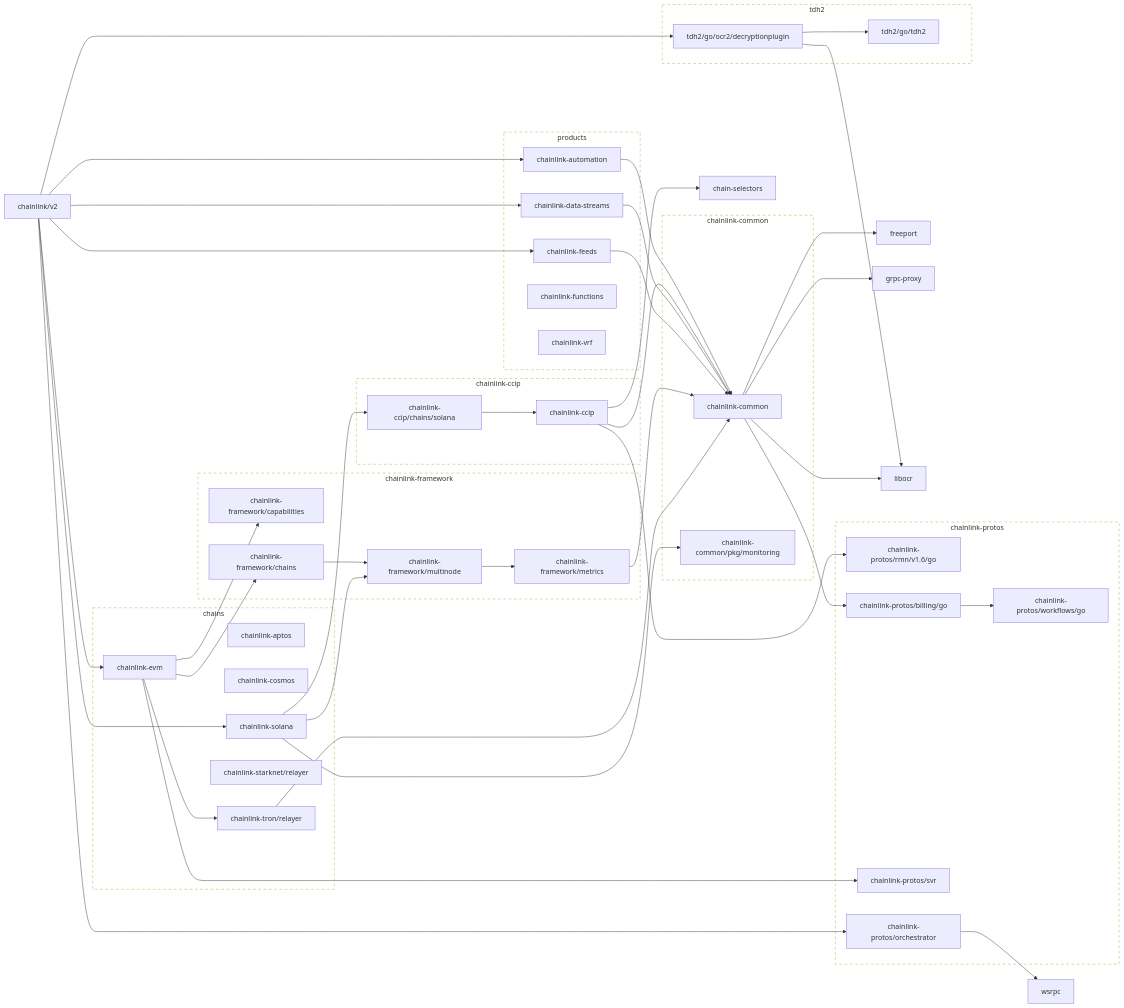
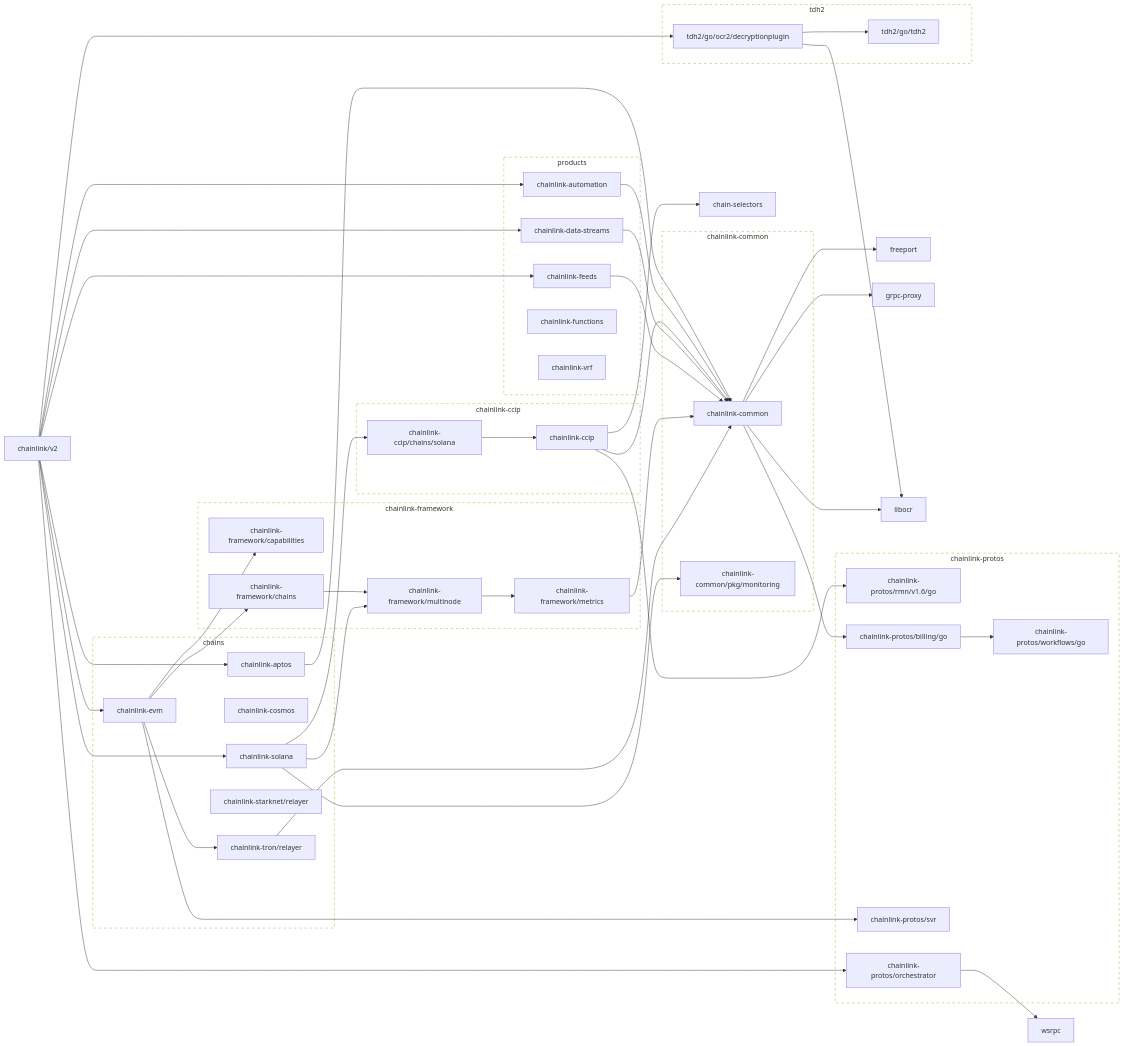
The first of 2 diagrams in go.md (JohnDaWalka/chainlink), drawn with Mermaid before and after one commit. The commit also changed other lines of this file and 5 other files, not shown here.

```diff
--- a/go.md
+++ b/go.md
@@ -24,6 +24,8 @@
 
 	chain-selectors
 	click chain-selectors href "https://github.com/smartcontractkit/chain-selectors"
+	chainlink-aptos --> chainlink-common
+	click chainlink-aptos href "https://github.com/smartcontractkit/chainlink-aptos"
 	chainlink-automation --> chainlink-common
 	click chainlink-automation href "https://github.com/smartcontractkit/chainlink-automation"
 	chainlink-ccip --> chain-selectors
@@ -72,6 +74,7 @@
 	click chainlink-solana href "https://github.com/smartcontractkit/chainlink-solana"
 	chainlink-tron/relayer --> chainlink-common
 	click chainlink-tron/relayer href "https://github.com/smartcontractkit/chainlink-tron"
+	chainlink/v2 --> chainlink-aptos
 	chainlink/v2 --> chainlink-automation
 	chainlink/v2 --> chainlink-data-streams
 	chainlink/v2 --> chainlink-evm
```
